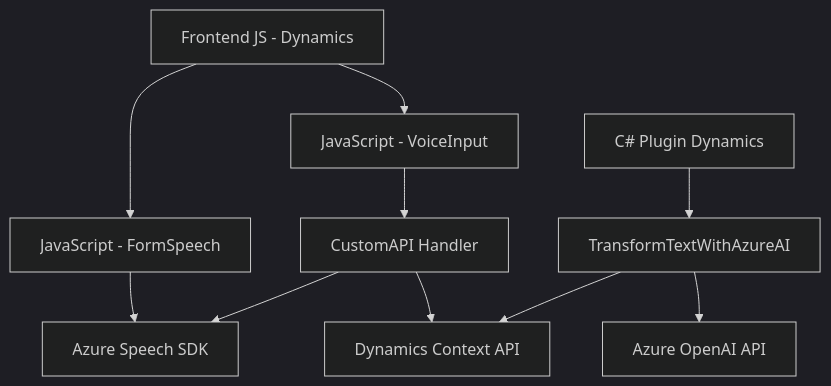
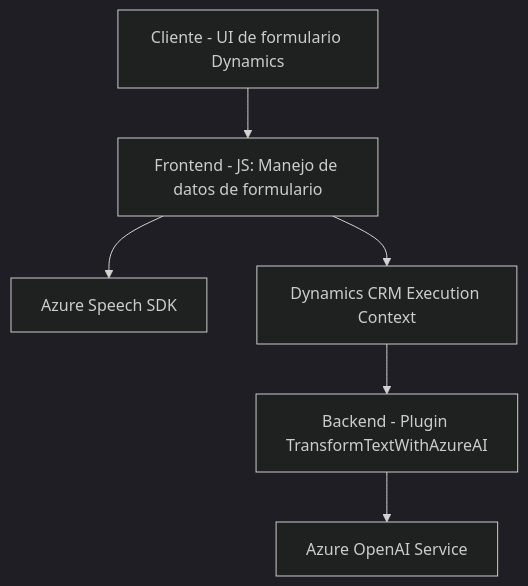
Before and after one commit to blopezdm/NETCORE_BILBAO2025: the diagram in README.md, drawn with Mermaid (dark theme). The commit also changed other lines of this file, not shown here.

````diff
--- a/README.md
+++ b/README.md
@@ -43,12 +34,15 @@
 ```mermaid
 graph TD
-    A["Frontend JS - Dynamics"] --> B["JavaScript - VoiceInput"]
-    A["Frontend JS - Dynamics"] --> C["JavaScript - FormSpeech"]
-    C["JavaScript - FormSpeech"] --> F["Azure Speech SDK"]
-    B["JavaScript - VoiceInput"] --> G["CustomAPI Handler"]
-    G["CustomAPI Handler"] --> F["Azure Speech SDK"]
-    G["CustomAPI Handler"] --> H["Dynamics Context API"]
-    D["C# Plugin Dynamics"] --> I["TransformTextWithAzureAI"]
-    I["TransformTextWithAzureAI"] --> J["Azure OpenAI API"]
-    I["TransformTextWithAzureAI"] --> H["Dynamics Context API"]
+A["Cliente - UI de formulario Dynamics"]
+B["Frontend - JS: Manejo de datos de formulario"]
+C["Azure Speech SDK"]
+D["Dynamics CRM Execution Context"]
+E["Backend - Plugin TransformTextWithAzureAI"]
+F["Azure OpenAI Service"]
+
+A --> B
+B --> C
+B --> D
+D --> E
+E --> F
 ```
````
